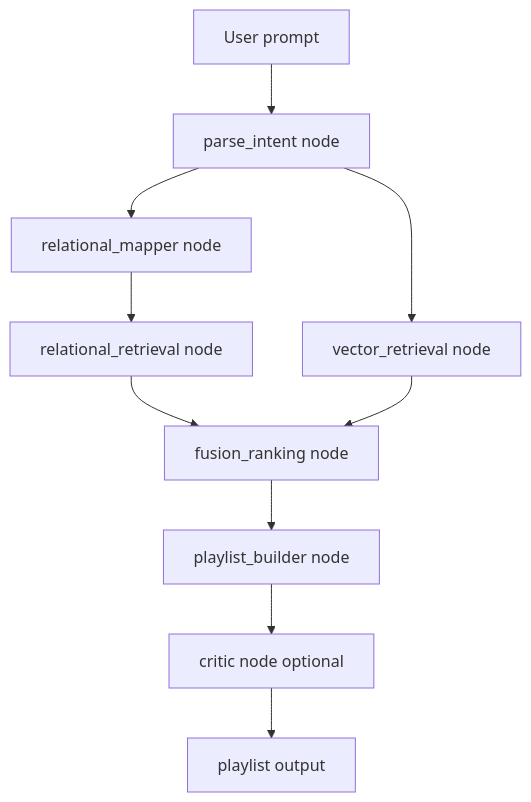
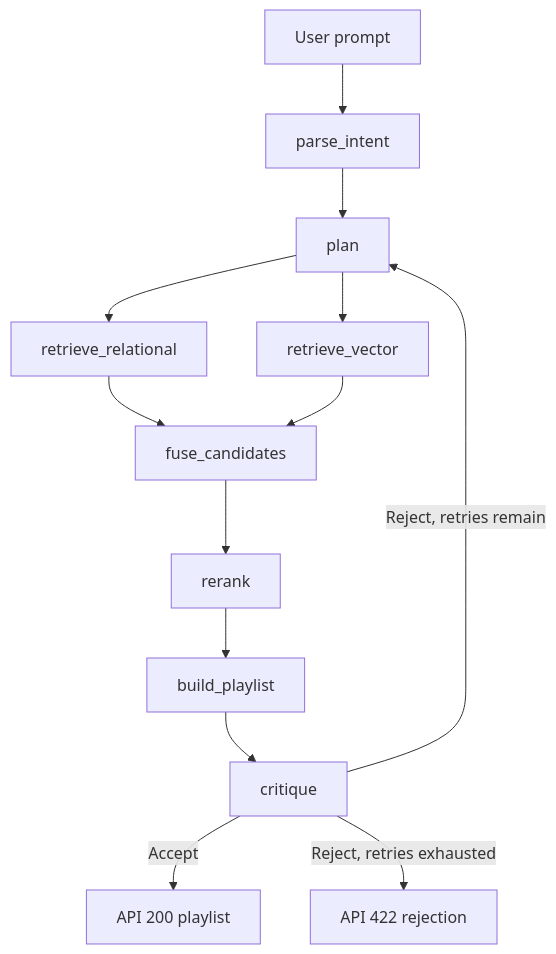
One commit to EchoAgent-team/EchoAgent changed the fourth of 4 diagrams in README.md. Above: the diagram before and after it, drawn with Mermaid. The commit also changed other lines of this file and 4 other files, not shown here.

````diff
--- a/README.md
+++ b/README.md
@@ -127,12 +144,15 @@
 ```mermaid
 flowchart TD
-    A[User prompt] --> B[parse_intent node]
-    B --> C[relational_mapper node]
-    C --> D[relational_retrieval node]
-    B --> E[vector_retrieval node]
-    D --> F[fusion_ranking node]
+    A[User prompt] --> B[parse_intent]
+    B --> C[plan]
+    C --> D[retrieve_relational]
+    C --> E[retrieve_vector]
+    D --> F[fuse_candidates]
     E --> F
-    F --> G[playlist_builder node]
-    G --> H[critic node optional]
-    H --> I[playlist output]
+    F --> G[rerank]
+    G --> H[build_playlist]
+    H --> I[critique]
+    I -->|Accept| J[API 200 playlist]
+    I -->|Reject, retries remain| C
+    I -->|Reject, retries exhausted| K[API 422 rejection]
 ```
````
